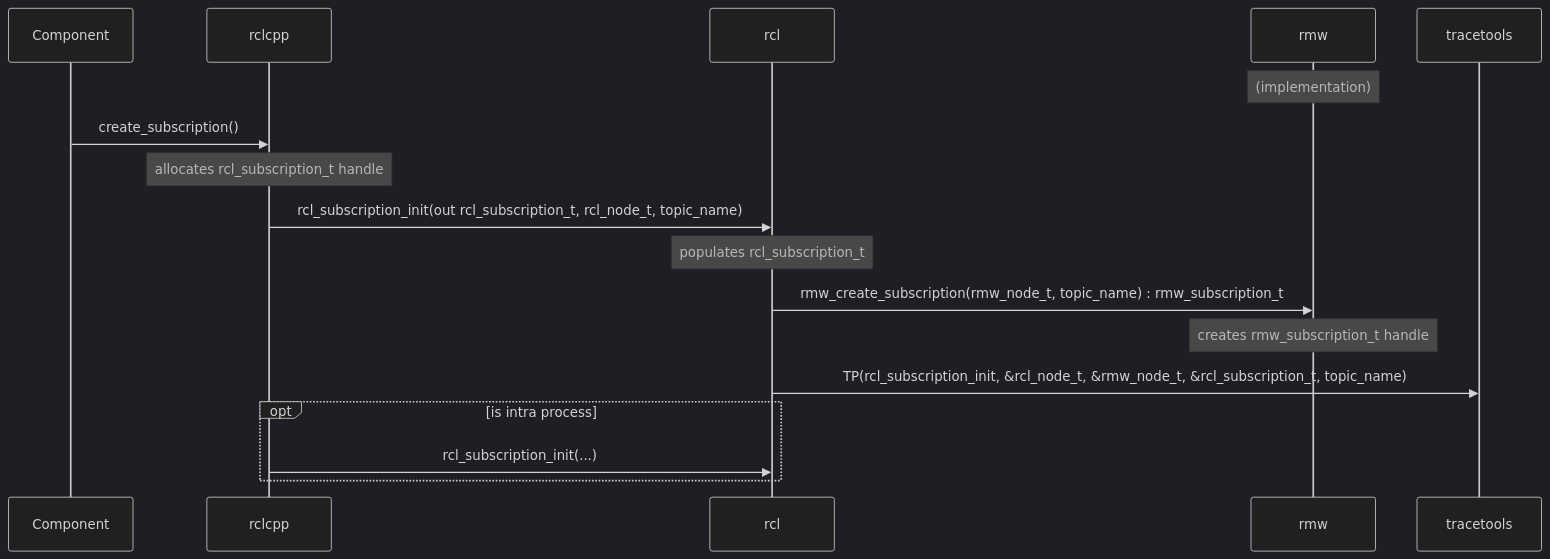
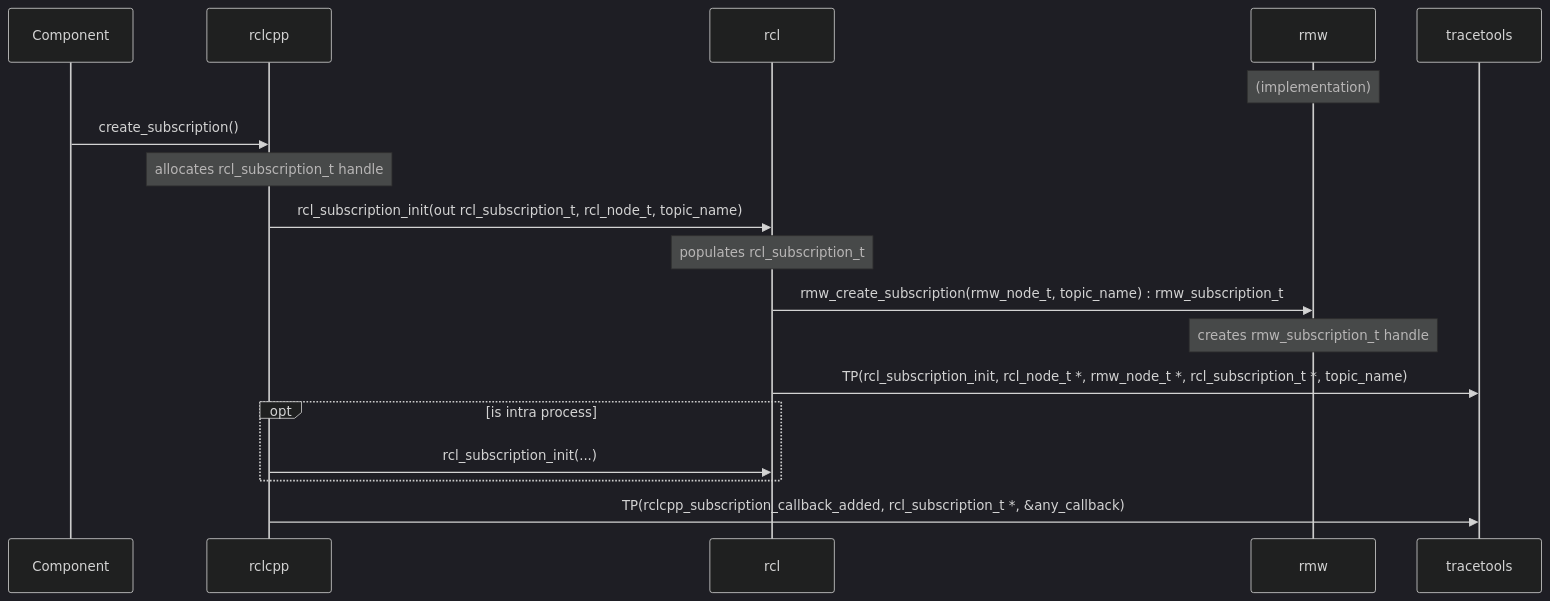
The fourth of 7 diagrams in doc/ros_2.md (ros2/ros2_tracing), drawn with Mermaid (dark theme) before and after one commit. The commit also changed other lines of this file, not shown here.

````diff
--- a/doc/ros_2.md
+++ b/doc/ros_2.md
@@ -107,23 +107,25 @@
 ```mermaid
 sequenceDiagram
     participant Component
     participant rclcpp
     participant rcl
     participant rmw
     participant tracetools
 
     Note over rmw: (implementation)
 
     Component->>rclcpp: create_subscription()
     Note over rclcpp: allocates rcl_subscription_t handle
     rclcpp->>rcl: rcl_subscription_init(out rcl_subscription_t, rcl_node_t, topic_name)
     Note over rcl: populates rcl_subscription_t
     rcl->>rmw: rmw_create_subscription(rmw_node_t, topic_name) : rmw_subscription_t
     Note over rmw: creates rmw_subscription_t handle
 
-    rcl->>tracetools: TP(rcl_subscription_init, &rcl_node_t, &rmw_node_t, &rcl_subscription_t, topic_name)
+    rcl->>tracetools: TP(rcl_subscription_init, rcl_node_t *, rmw_node_t *, rcl_subscription_t *, topic_name)
 
     opt is intra process
         rclcpp->>rcl: rcl_subscription_init(...)
     end
+
+    rclcpp->>tracetools: TP(rclcpp_subscription_callback_added, rcl_subscription_t *, &any_callback)
 ```
````
